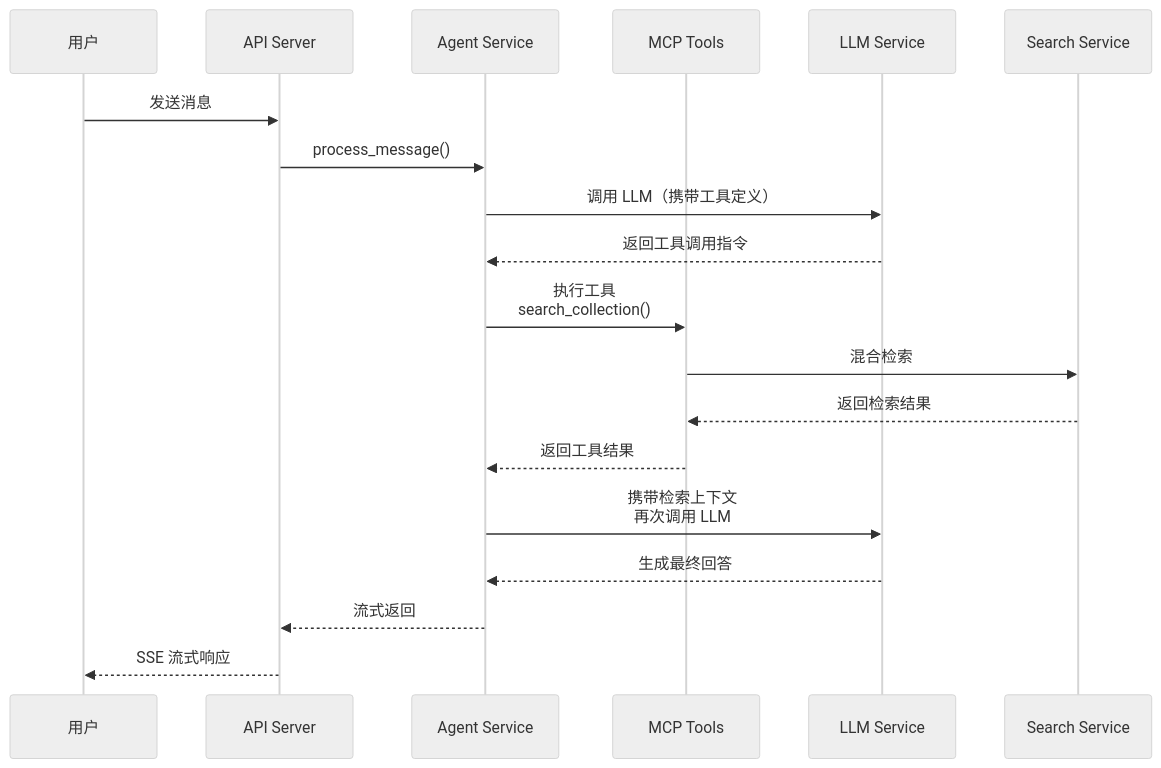
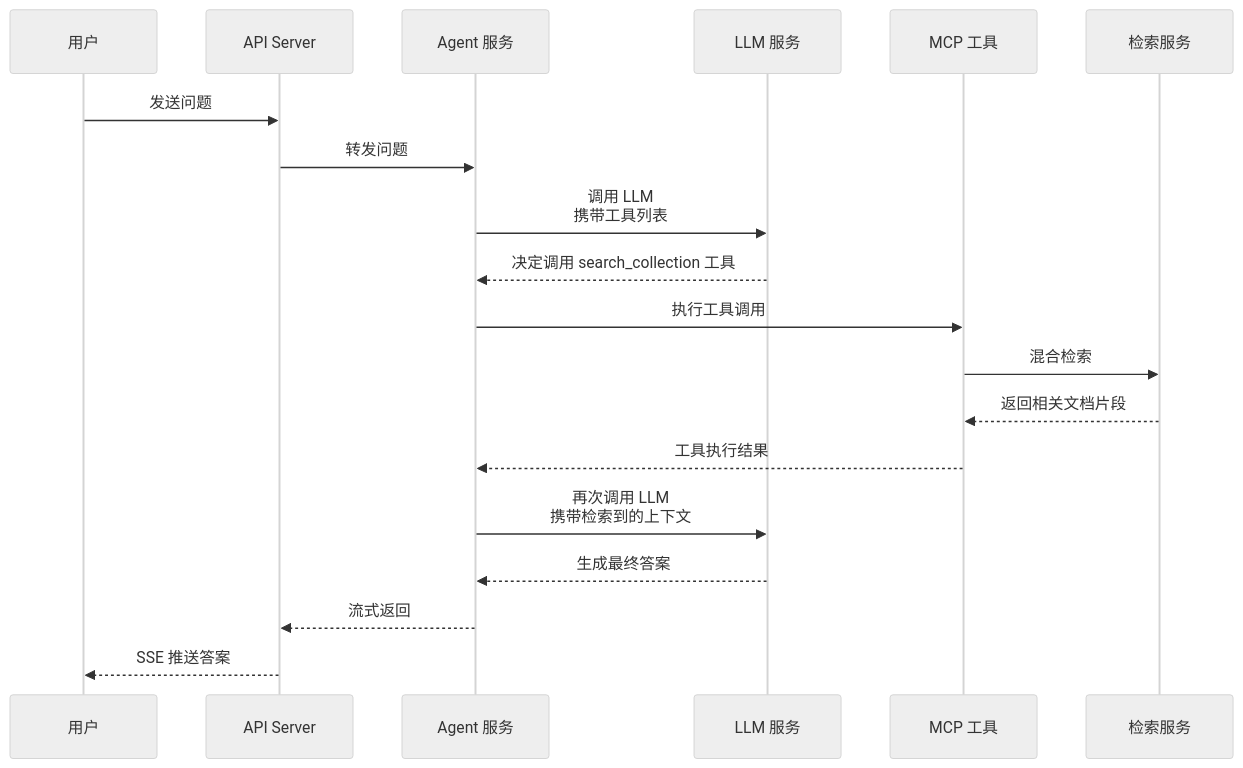
One commit to ruah0807/ApeRAG changed diagram 11 of 13 in docs/zh-CN/design/architecture.md. Above: the diagram before and after it, drawn with Mermaid (neutral theme). The commit also changed other lines of this file and 5 other files, not shown here.

Commit message:
feat: update architecture docs (#1431)

````diff
--- a/docs/zh-CN/design/architecture.md
+++ b/docs/zh-CN/design/architecture.md
@@ -480,26 +514,26 @@
 ```mermaid
 sequenceDiagram
-    participant U as 用户
+    participant User as 用户
     participant API as API Server
-    participant Agent as Agent Service
-    participant MCP as MCP Tools
-    participant LLM as LLM Service
-    participant Search as Search Service
+    participant Agent as Agent 服务
+    participant LLM as LLM 服务
+    participant MCP as MCP 工具
+    participant Search as 检索服务
     
-    U->>API: 发送消息
-    API->>Agent: process_message()
+    User->>API: 发送问题
+    API->>Agent: 转发问题
     
-    Agent->>LLM: 调用 LLM（携带工具定义）
-    LLM-->>Agent: 返回工具调用指令
+    Agent->>LLM: 调用 LLM<br/>携带工具列表
+    LLM-->>Agent: 决定调用 search_collection 工具
     
-    Agent->>MCP: 执行工具<br/>search_collection()
+    Agent->>MCP: 执行工具调用
     MCP->>Search: 混合检索
-    Search-->>MCP: 返回检索结果
-    MCP-->>Agent: 返回工具结果
+    Search-->>MCP: 返回相关文档片段
+    MCP-->>Agent: 工具执行结果
     
-    Agent->>LLM: 携带检索上下文<br/>再次调用 LLM
-    LLM-->>Agent: 生成最终回答
+    Agent->>LLM: 再次调用 LLM<br/>携带检索到的上下文
+    LLM-->>Agent: 生成最终答案
     
     Agent-->>API: 流式返回
-    API-->>U: SSE 流式响应
+    API-->>User: SSE 推送答案
 ```
````
